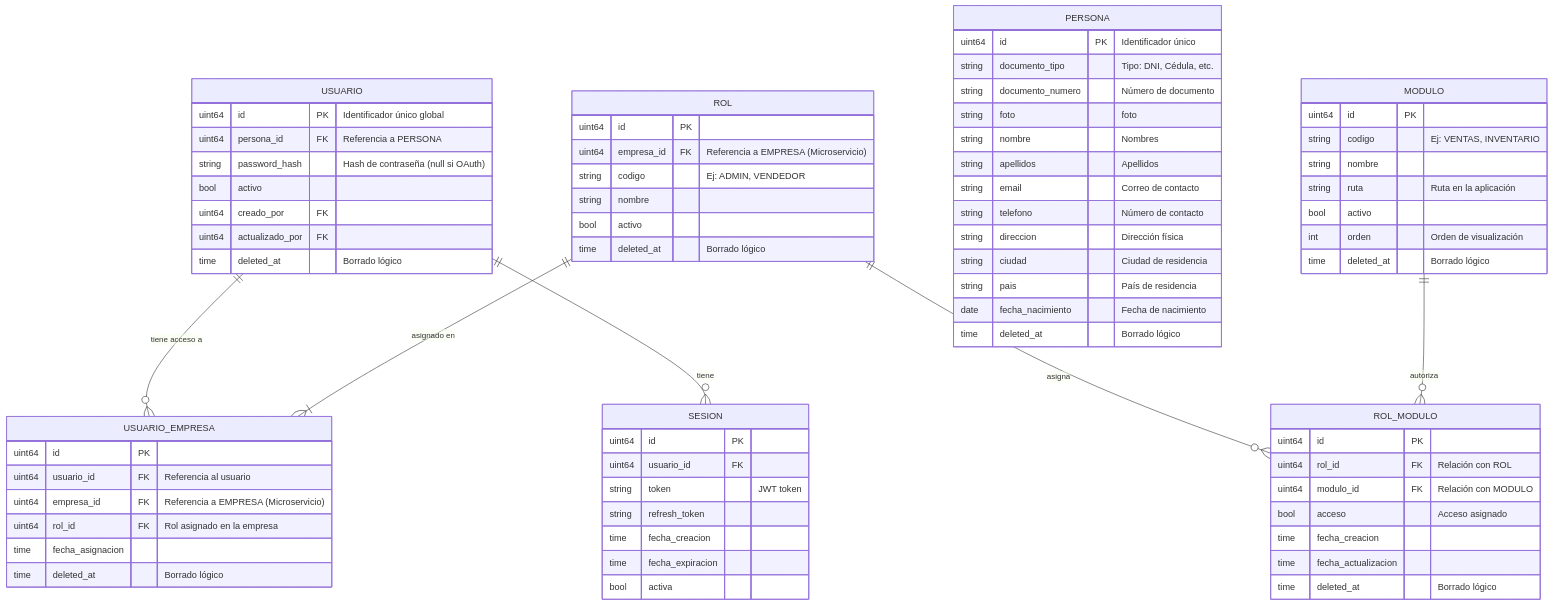
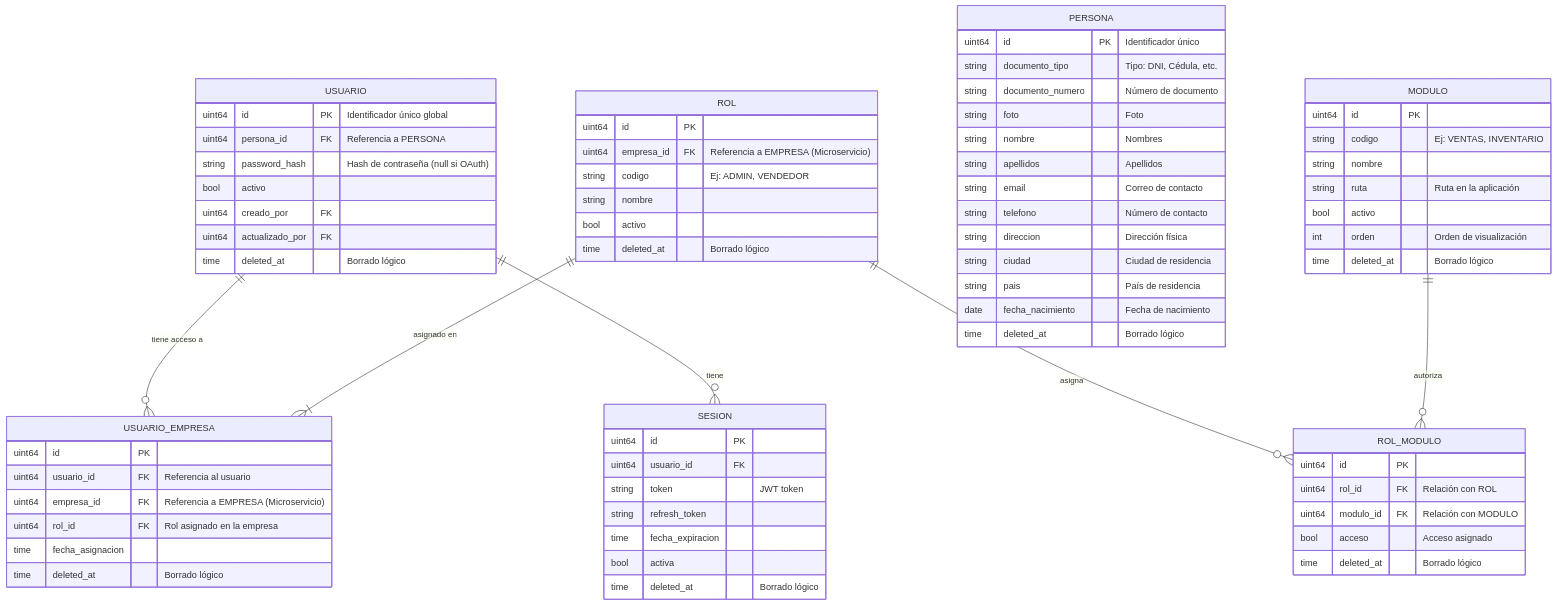
Before and after one commit to ponceca20/authenticationPonceca: the diagram in arquitectura/usuariov2.md, drawn with Mermaid. The commit also changed 40 other files, not shown here.

```diff
--- a/arquitectura/usuariov2.md
+++ b/arquitectura/usuariov2.md
@@ -8,7 +8,7 @@
         uint64 id PK "Identificador único"
         string documento_tipo "Tipo: DNI, Cédula, etc."
         string documento_numero "Número de documento"
-        string foto "foto"
+        string foto "Foto"
         string nombre "Nombres"
         string apellidos "Apellidos"
         string email "Correo de contacto"
@@ -45,7 +45,6 @@
         string codigo "Ej: ADMIN, VENDEDOR"
         string nombre
         bool activo
-     
         time deleted_at "Borrado lógico"
     }
     
@@ -54,9 +53,9 @@
         uint64 usuario_id FK
         string token "JWT token"
         string refresh_token
-        time fecha_creacion
         time fecha_expiracion       
         bool activa
+        time deleted_at "Borrado lógico"
     }
     
     MODULO {
@@ -74,8 +73,6 @@
         uint64 rol_id FK "Relación con ROL"
         uint64 modulo_id FK "Relación con MODULO"
         bool acceso "Acceso asignado"
-        time fecha_creacion
-        time fecha_actualizacion
         time deleted_at "Borrado lógico"
     }
     
```
